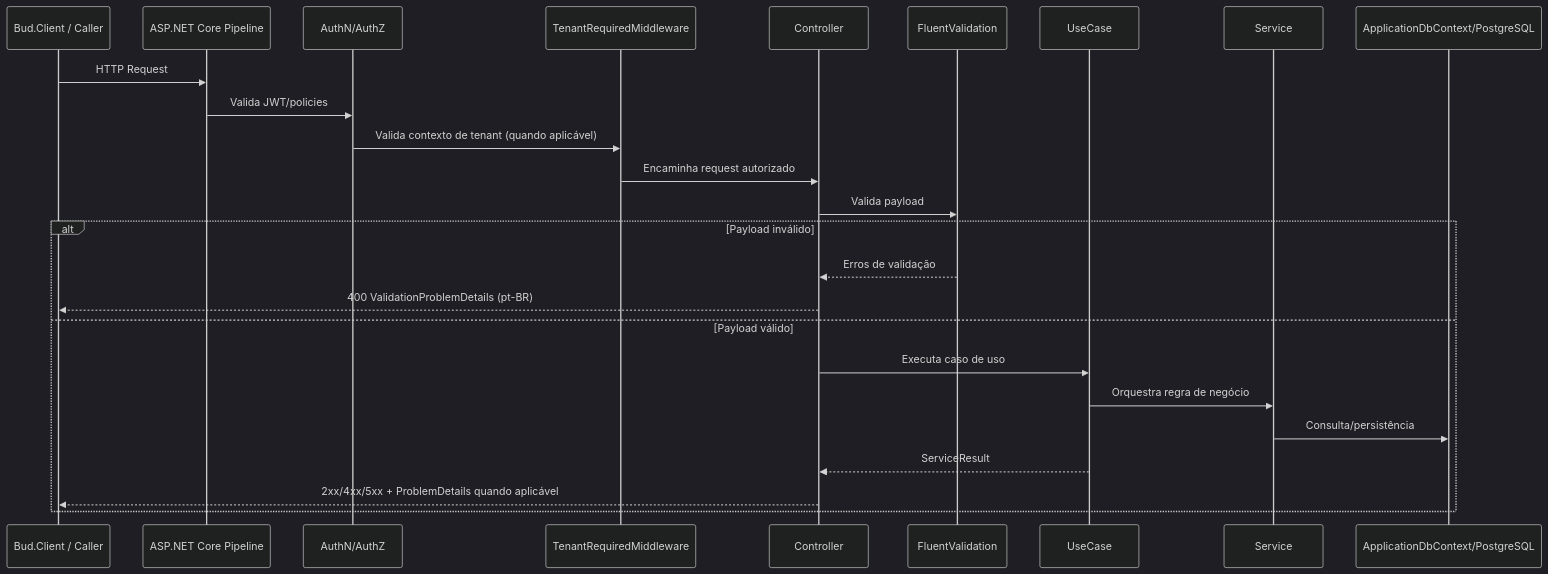
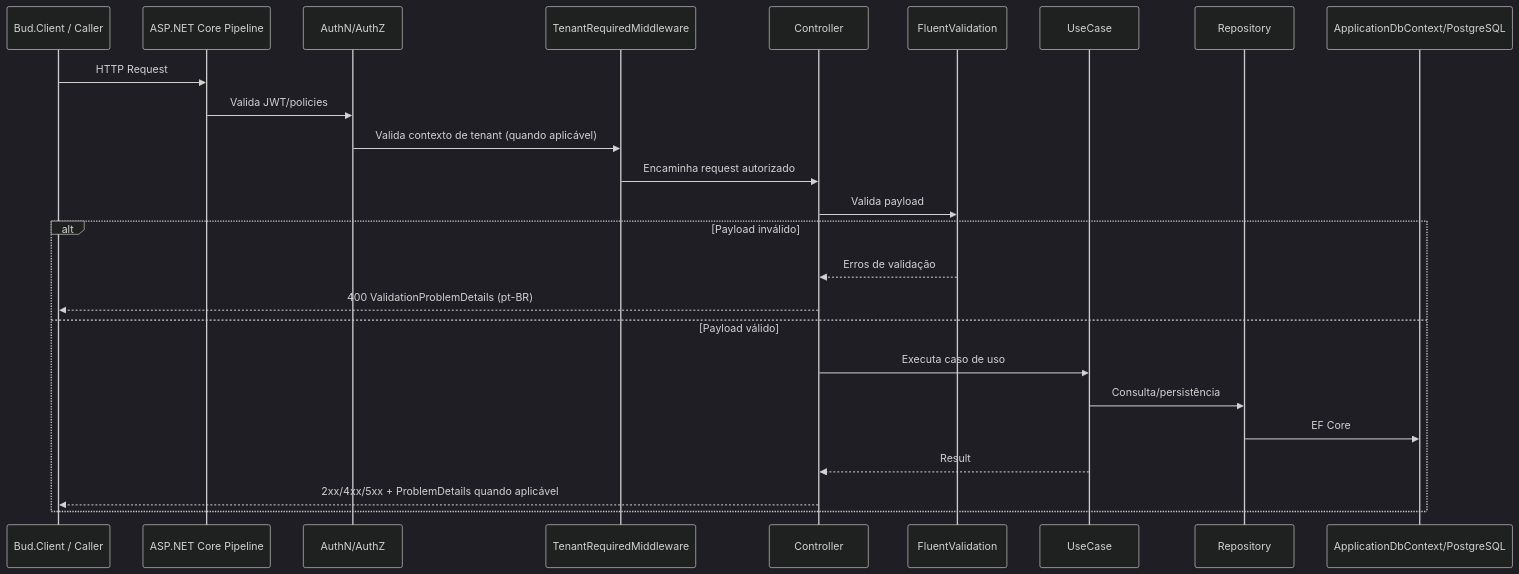
Before and after one commit to dsbraz/bud: the fifth of 10 diagrams in README.md, drawn with Mermaid (dark theme). The commit also changed other lines of this file and 9 other files, not shown here.

First line of the commit message:
docs(architecture): align ADR and guidelines with clean architecture migration

````diff
--- a/README.md
+++ b/README.md
@@ -207,29 +214,29 @@
 ```mermaid
 sequenceDiagram
     participant UI as Bud.Client / Caller
     participant API as ASP.NET Core Pipeline
     participant AUTH as AuthN/AuthZ
     participant TENANT as TenantRequiredMiddleware
     participant CTRL as Controller
     participant VAL as FluentValidation
     participant UC as UseCase
-    participant SVC as Service
+    participant REPO as Repository
     participant DB as ApplicationDbContext/PostgreSQL
 
     UI->>API: HTTP Request
     API->>AUTH: Valida JWT/policies
     AUTH->>TENANT: Valida contexto de tenant (quando aplicável)
     TENANT->>CTRL: Encaminha request autorizado
     CTRL->>VAL: Valida payload
 
     alt Payload inválido
         VAL-->>CTRL: Erros de validação
         CTRL-->>UI: 400 ValidationProblemDetails (pt-BR)
     else Payload válido
         CTRL->>UC: Executa caso de uso
-        UC->>SVC: Orquestra regra de negócio
-        SVC->>DB: Consulta/persistência
-        UC-->>CTRL: ServiceResult
+        UC->>REPO: Consulta/persistência
+        REPO->>DB: EF Core
+        UC-->>CTRL: Result
         CTRL-->>UI: 2xx/4xx/5xx + ProblemDetails quando aplicável
     end
 ```
````
